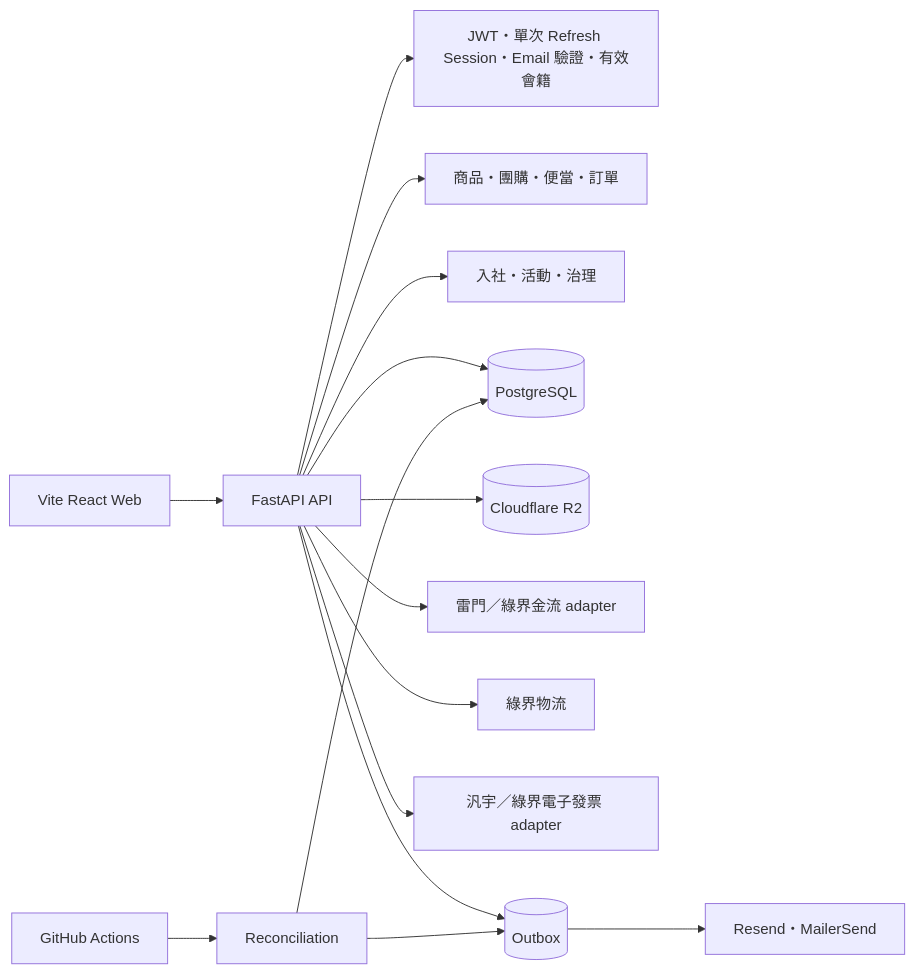
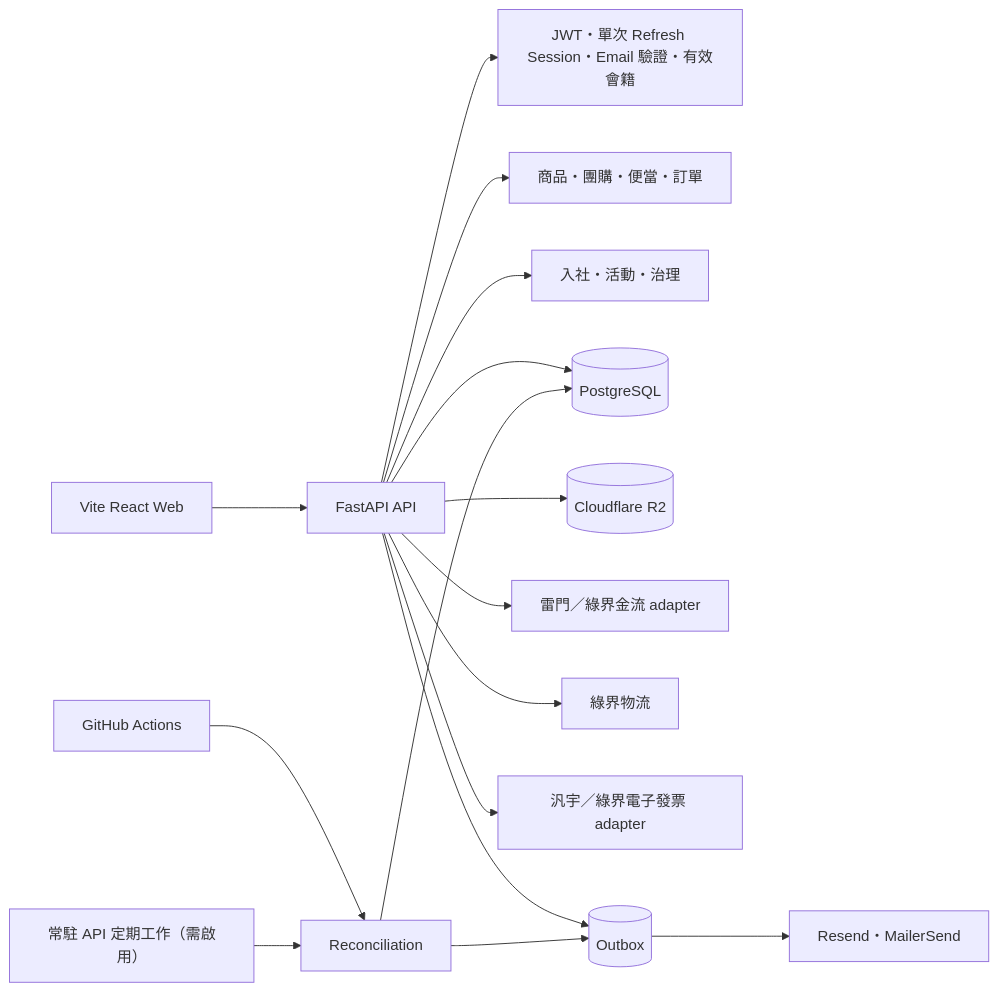
Before and after one commit to Wayne725/shilifangyuan-farm-app: the diagram in docs/ARCHITECTURE.md, drawn with Mermaid. The commit also changed other lines of this file and 33 other files, not shown here.

````diff
--- a/docs/ARCHITECTURE.md
+++ b/docs/ARCHITECTURE.md
@@ -5,17 +5,18 @@
 ```mermaid
 flowchart LR
     web["Vite React Web"] --> api["FastAPI API"]
     api --> auth["JWT・單次 Refresh Session・Email 驗證・有效會籍"]
     api --> commerce["商品・團購・便當・訂單"]
     api --> community["入社・活動・治理"]
     api --> db[("PostgreSQL")]
     api --> r2[("Cloudflare R2")]
     api --> payment["雷門／綠界金流 adapter"]
     api --> logistics["綠界物流"]
     api --> invoice["汎宇／綠界電子發票 adapter"]
     api --> outbox[("Outbox")]
     outbox --> email["Resend・MailerSend"]
     cron["GitHub Actions"] --> jobs["Reconciliation"]
+    timer["常駐 API 定期工作（需啟用）"] --> jobs
     jobs --> db
     jobs --> outbox
 ```
````
